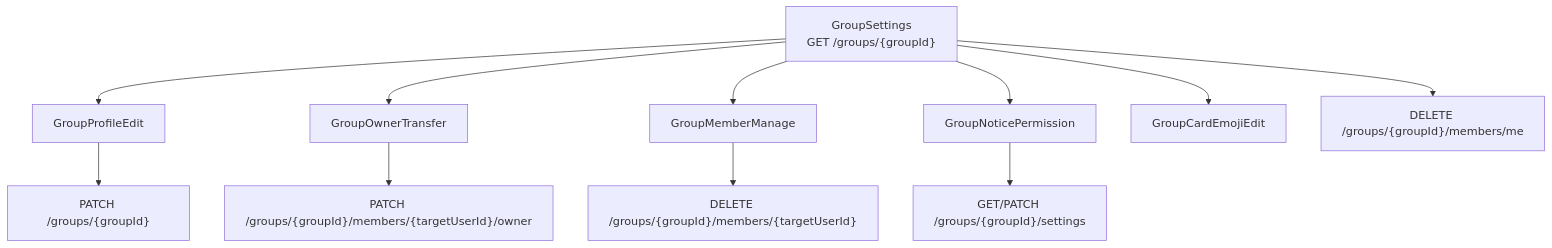
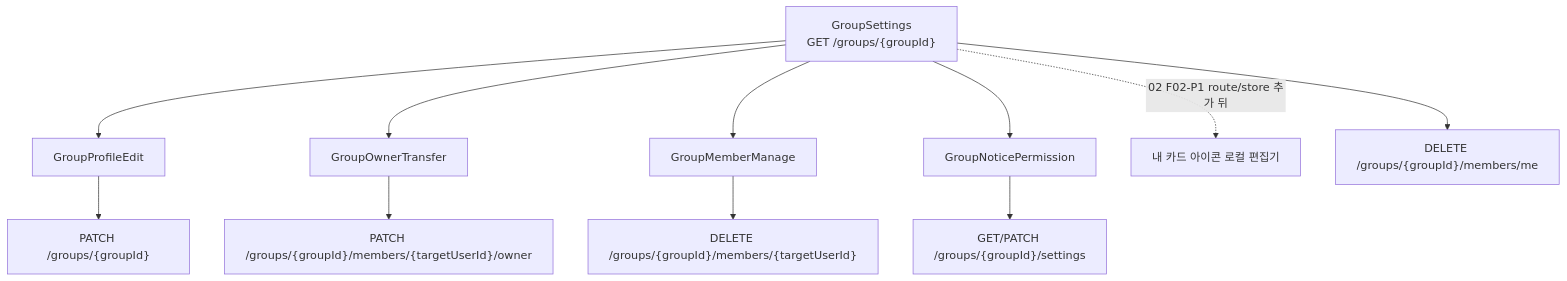
Before and after one commit to OneOrThree/phone: the third of 3 diagrams in docs/prd/group/features/04-operation/high-level-design.md, drawn with Mermaid. The commit also changed other lines of this file and 21 other files, not shown here.

````diff
--- a/docs/prd/group/features/04-operation/high-level-design.md
+++ b/docs/prd/group/features/04-operation/high-level-design.md
@@ -62,15 +64,15 @@
 ```mermaid
 flowchart TB
     Settings["GroupSettings\nGET /groups/{groupId}"]
     Settings --> Profile["GroupProfileEdit"]
     Settings --> Transfer["GroupOwnerTransfer"]
     Settings --> Manage["GroupMemberManage"]
     Settings --> Permission["GroupNoticePermission"]
-    Settings --> Emoji["GroupCardEmojiEdit"]
+    Settings -.->|"02 F02-P1 route/store 추가 뒤"| Emoji["내 카드 아이콘 로컬 편집기"]
     Settings --> Withdraw["DELETE /groups/{groupId}/members/me"]
 
     Profile --> Update["PATCH /groups/{groupId}"]
     Transfer --> OwnerApi["PATCH /groups/{groupId}/members/{targetUserId}/owner"]
     Manage --> KickApi["DELETE /groups/{groupId}/members/{targetUserId}"]
     Permission --> GrantApi["GET/PATCH /groups/{groupId}/settings"]
 ```
````
